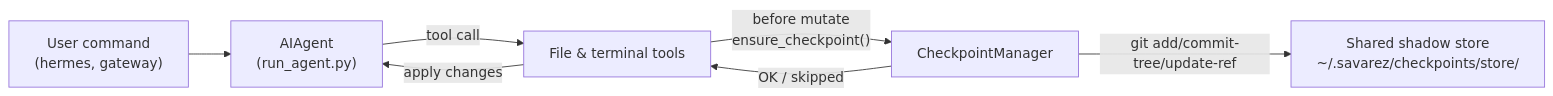
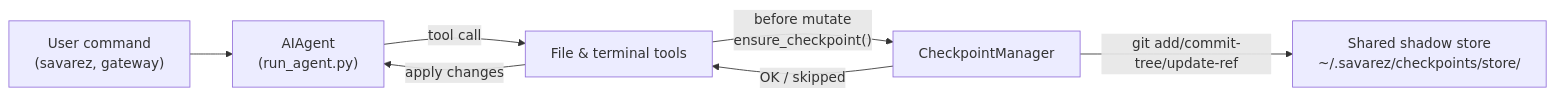
One commit to AnandaAnugrahHandyanto/savarez_agent changed the diagram in website/docs/user-guide/checkpoints-and-rollback.md. Above: the diagram before and after it, drawn with Mermaid. The commit also changed other lines of this file and 1871 other files, not shown here.

````diff
--- a/website/docs/user-guide/checkpoints-and-rollback.md
+++ b/website/docs/user-guide/checkpoints-and-rollback.md
@@ -69,15 +69,15 @@
 ```mermaid
 flowchart LR
-  user["User command\n(hermes, gateway)"]
+  user["User command\n(savarez, gateway)"]
   agent["AIAgent\n(run_agent.py)"]
   tools["File & terminal tools"]
   cpMgr["CheckpointManager"]
   store["Shared shadow store\n~/.savarez/checkpoints/store/"]
 
   user --> agent
   agent -->|"tool call"| tools
   tools -->|"before mutate\nensure_checkpoint()"| cpMgr
   cpMgr -->|"git add/commit-tree/update-ref"| store
   cpMgr -->|"OK / skipped"| tools
   tools -->|"apply changes"| agent
 ```
````
